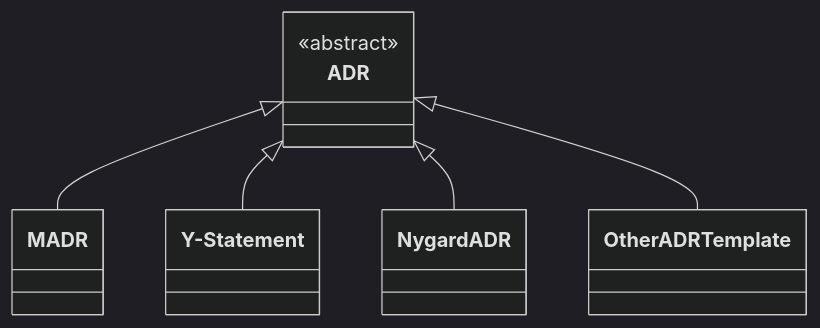
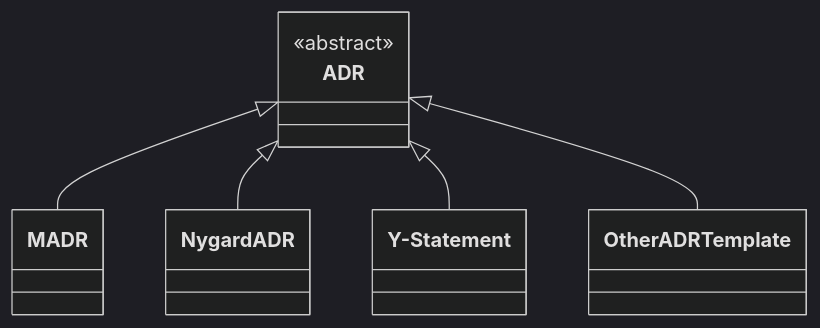
The diagram in _posts/2024-10-25-adr-templates.md (adr/adr.github.io), drawn with Mermaid (dark theme) before and after one commit. The commit also changed other lines of this file, not shown here.

Commit message:
Order of template page, Nygard section, link to 42010

````diff
--- a/_posts/2024-10-25-adr-templates.md
+++ b/_posts/2024-10-25-adr-templates.md
@@ -14,11 +11,11 @@
 ```mermaid
 classDiagram
   direction TB
   class ADR {
     <<abstract>>
   }
   ADR <|-- MADR
+  ADR <|-- NygardADR
   ADR <|-- Y-Statement
-  ADR <|-- NygardADR
   ADR <|-- OtherADRTemplate
 ```
````
